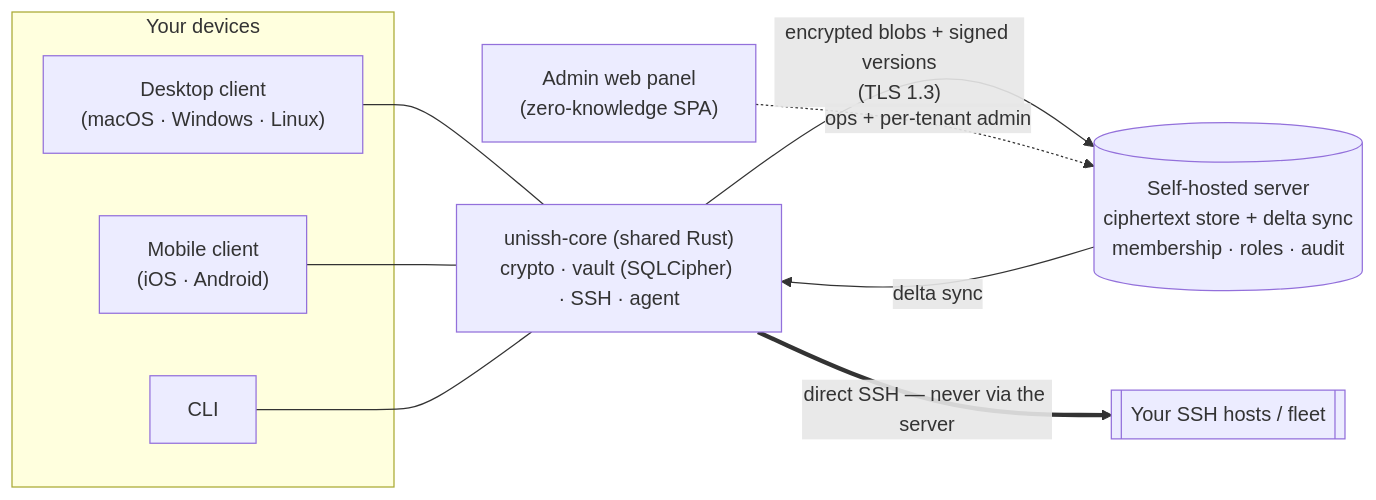
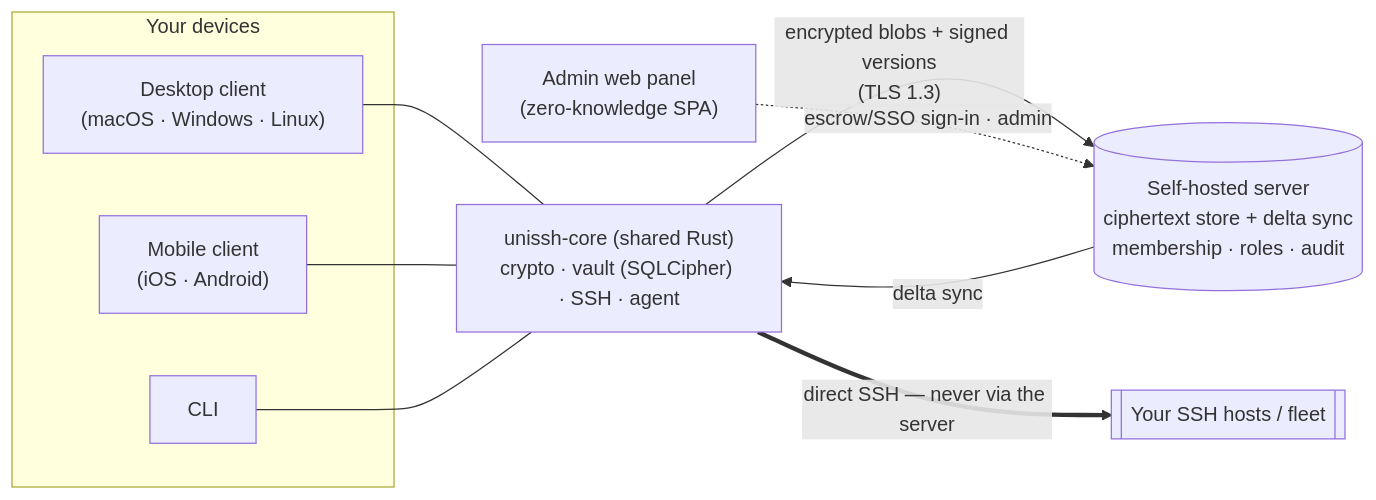
The diagram in README.md (goduni/unissh), drawn with Mermaid before and after one commit. The commit also changed other lines of this file and 2 other files, not shown here.

Commit message:
docs: rewrite server setup/onboarding/admin narrative for the instance-scoped model

````diff
--- a/README.md
+++ b/README.md
@@ -120,24 +120,24 @@
 ```mermaid
 flowchart LR
     subgraph yours["Your devices"]
         D1["Desktop client<br/>(macOS · Windows · Linux)"]
         D2["Mobile client<br/>(iOS · Android)"]
         CLI["CLI"]
     end
 
     core["unissh-core (shared Rust)<br/>crypto · vault (SQLCipher) · SSH · agent"]
 
     server[("Self-hosted server<br/>ciphertext store + delta sync<br/>membership · roles · audit")]
     admin["Admin web panel<br/>(zero-knowledge SPA)"]
     hosts[["Your SSH hosts / fleet"]]
 
     D1 --- core
     D2 --- core
     CLI --- core
 
     core -- "encrypted blobs + signed versions<br/>(TLS 1.3)" --> server
     server -- "delta sync" --> core
-    admin -. "ops + per-tenant admin" .-> server
+    admin -. "escrow/SSO sign-in · admin" .-> server
 
     core == "direct SSH — never via the server" ==> hosts
 ```
````
